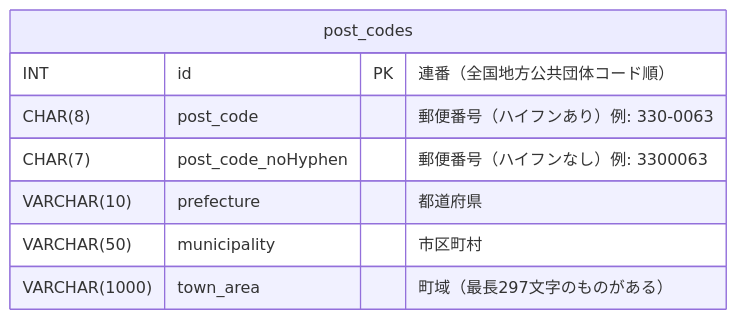
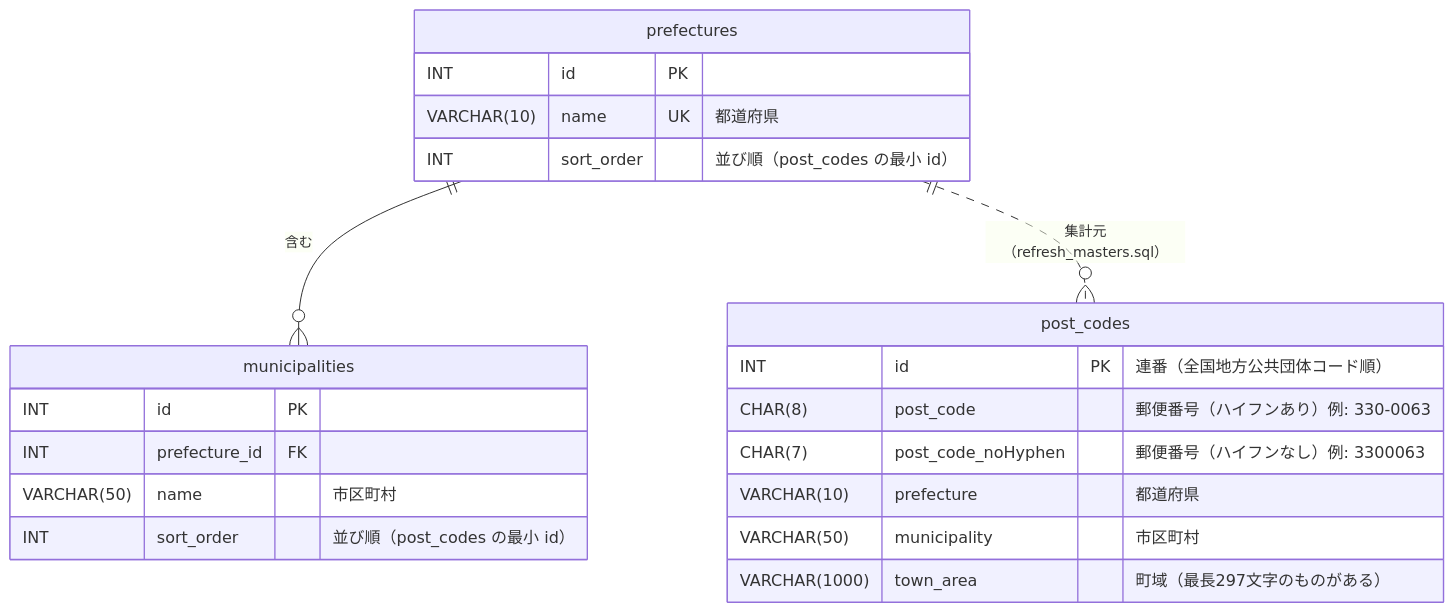
The second of 2 diagrams in README.md (KoichiKurita/Search_Address_and_PostCode), drawn with Mermaid before and after one commit. The commit also changed other lines of this file and 9 other files, not shown here.

`````diff
--- a/README.md
+++ b/README.md
@@ -74,11 +74,24 @@
 ```mermaid
 erDiagram
     post_codes {
         INT id PK "連番（全国地方公共団体コード順）"
         CHAR(8) post_code "郵便番号（ハイフンあり）例: 330-0063"
         CHAR(7) post_code_noHyphen "郵便番号（ハイフンなし）例: 3300063"
         VARCHAR(10) prefecture "都道府県"
         VARCHAR(50) municipality "市区町村"
         VARCHAR(1000) town_area "町域（最長297文字のものがある）"
     }
-```
+    prefectures {
+        INT id PK
+        VARCHAR(10) name UK "都道府県"
+        INT sort_order "並び順（post_codes の最小 id）"
+    }
+    municipalities {
+        INT id PK
+        INT prefecture_id FK
+        VARCHAR(50) name "市区町村"
+        INT sort_order "並び順（post_codes の最小 id）"
+    }
+    prefectures ||--o{ municipalities : "含む"
+    prefectures ||..o{ post_codes : "集計元（refresh_masters.sql）"
+````
`````
